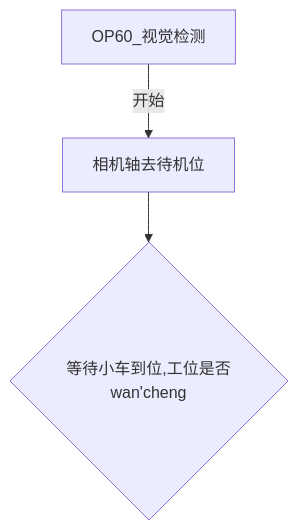
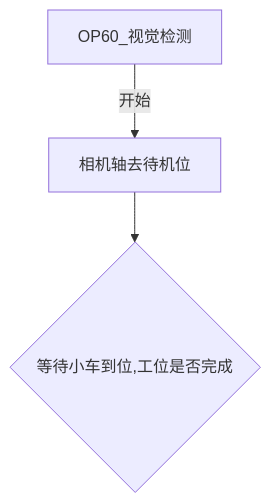
Before and after one commit to zmq000/iodraw-files: the diagram in all/未命名.md, drawn with Mermaid.

Commit message:
2026-06-17 14:26:25 update

````diff
--- a/all/未命名.md
+++ b/all/未命名.md
@@ -1,8 +1,8 @@
 ```mermaid
 graph TD
    0[OP60_视觉检测]-->|开始|10
    10[相机轴去待机位]-->20
-   20{等待小车到位,工位是否wan'cheng}
+   20{等待小车到位,工位是否完成}
 
    
 ```
````
